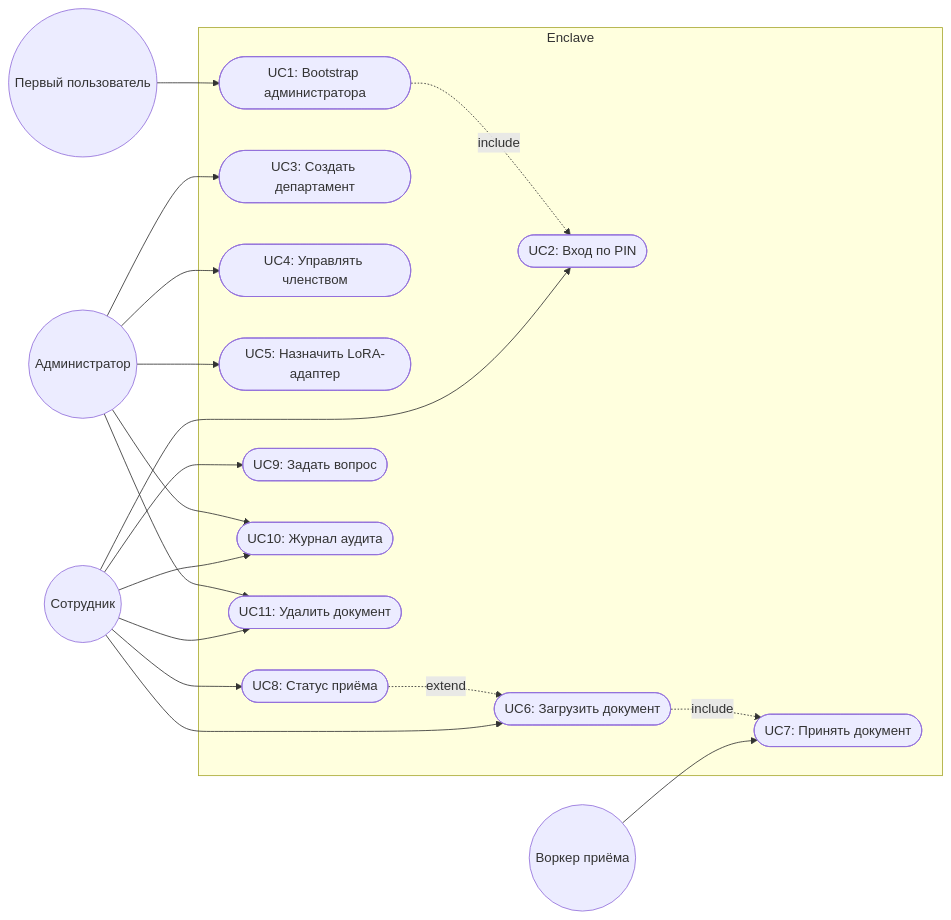
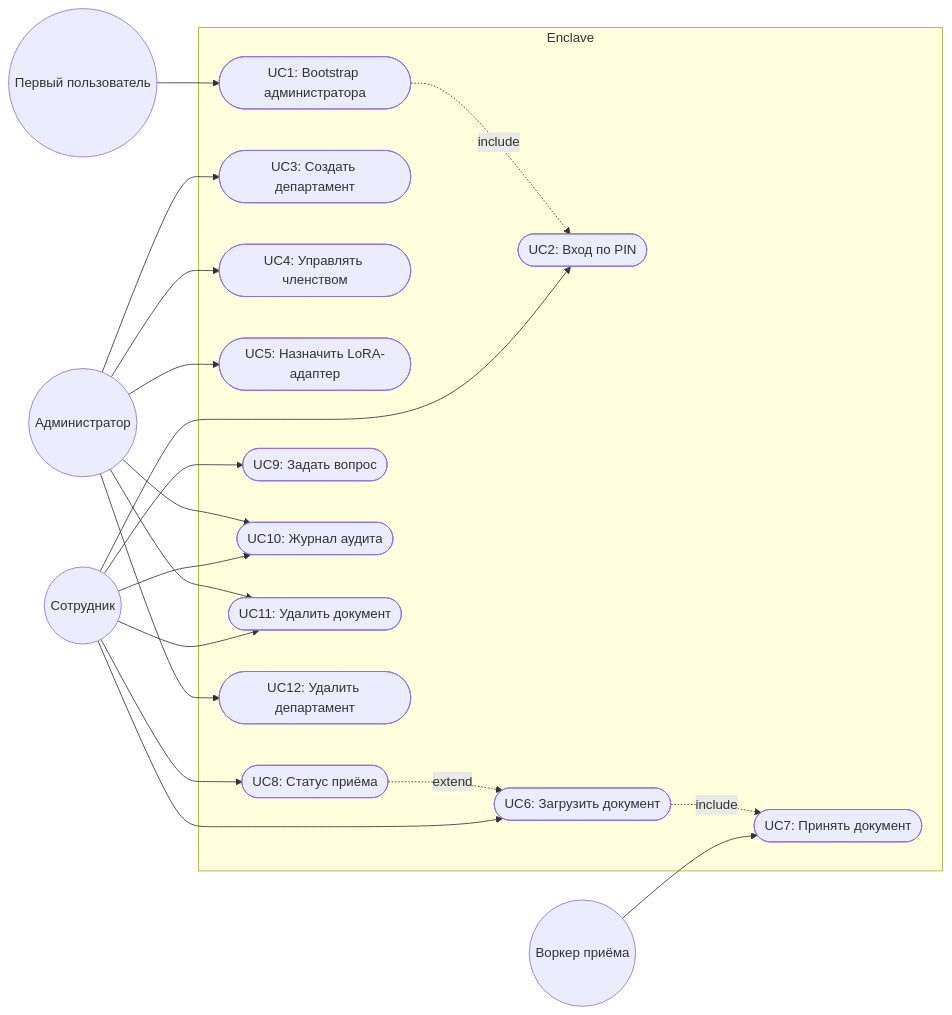
Before and after one commit to Vladee101/enclave: the first of 7 diagrams in Enclave — Design Document.md, drawn with Mermaid. The commit also changed other lines of this file and 11 other files, not shown here.

````diff
--- a/Enclave — Design Document.md
+++ b/Enclave — Design Document.md
@@ -219,39 +230,41 @@
 ```mermaid
 flowchart LR
   First((Первый пользователь))
   Emp((Сотрудник))
   Admin((Администратор))
   Worker((Воркер приёма))
 
   subgraph Enclave
     UC1([UC1: Bootstrap администратора])
     UC2([UC2: Вход по PIN])
     UC3([UC3: Создать департамент])
     UC4([UC4: Управлять членством])
     UC5([UC5: Назначить LoRA-адаптер])
     UC6([UC6: Загрузить документ])
     UC7([UC7: Принять документ])
     UC8([UC8: Статус приёма])
     UC9([UC9: Задать вопрос])
     UC10([UC10: Журнал аудита])
     UC11([UC11: Удалить документ])
+    UC12([UC12: Удалить департамент])
   end
 
   First --> UC1
   Emp --> UC2
   Emp --> UC6
   Emp --> UC8
   Emp --> UC9
   Emp --> UC10
   Emp --> UC11
   Admin --> UC3
   Admin --> UC4
   Admin --> UC5
   Admin --> UC10
   Admin --> UC11
+  Admin --> UC12
   Worker --> UC7
 
   UC1 -.include.-> UC2
   UC6 -.include.-> UC7
   UC8 -.extend.-> UC6
 ```
````
